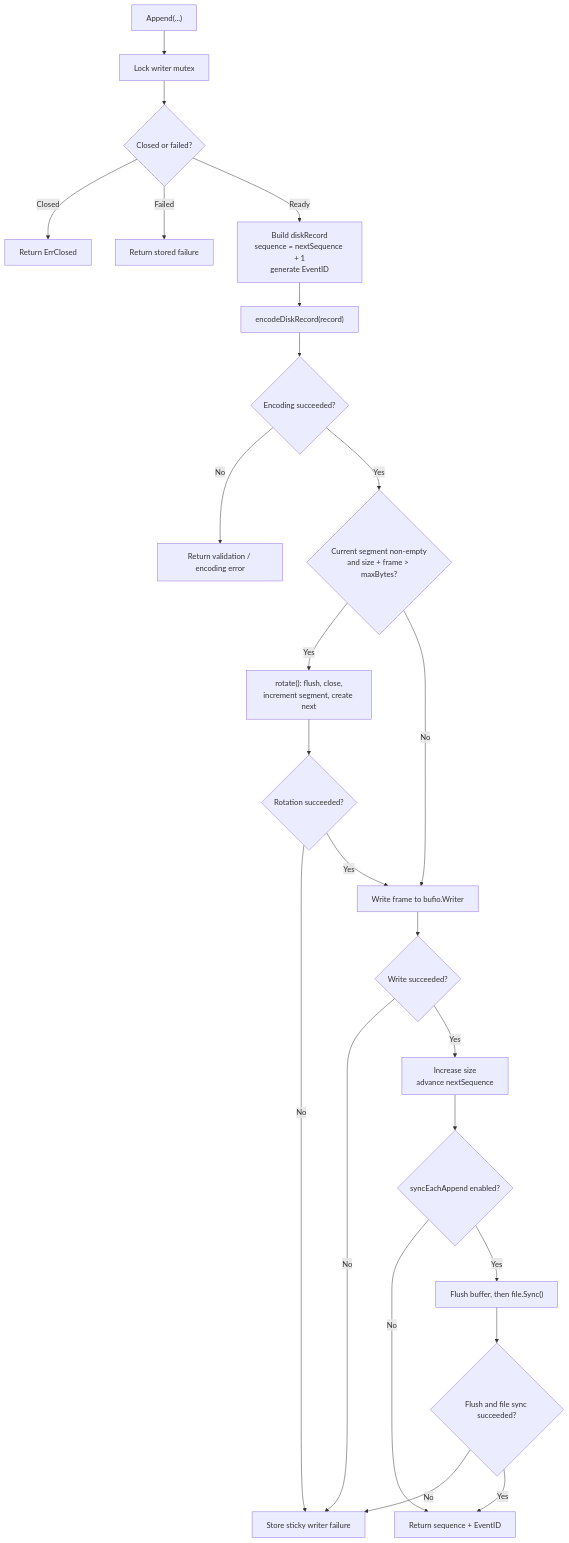
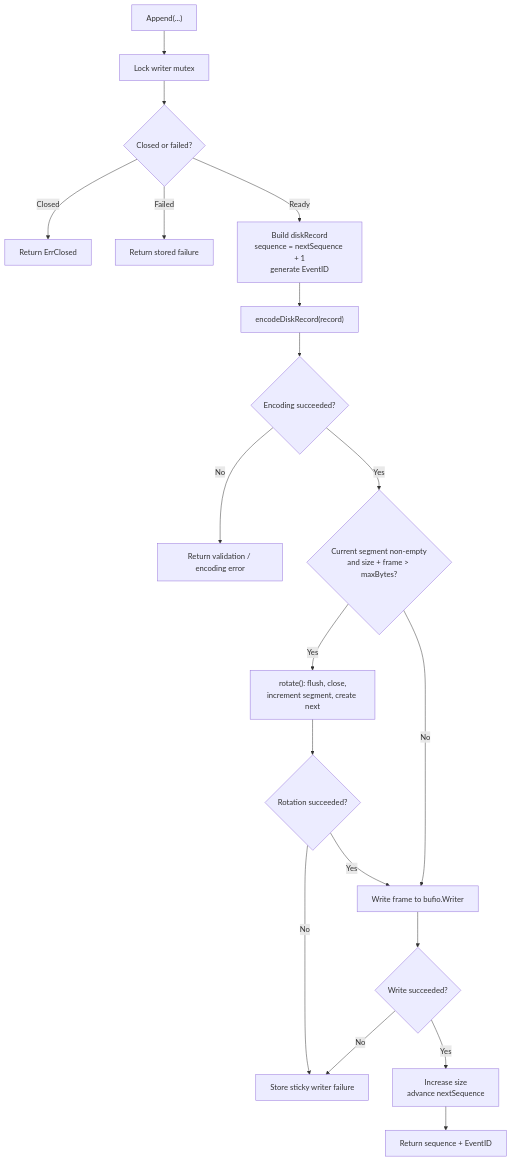
One commit to gunesis-game/pulsyflux-stream changed the fifth of 8 diagrams in docs/storage_disk.md. Above: the diagram before and after it, drawn with Mermaid.

Commit message:
docs: align append diagram with uniform sync policy

````diff
--- a/docs/storage_disk.md
+++ b/docs/storage_disk.md
@@ -202,26 +202,21 @@
 ```mermaid
 flowchart TD
     A["Append(...)"] --> Lock["Lock writer mutex"]
     Lock --> State{"Closed or failed?"}
     State -- Closed --> Closed["Return ErrClosed"]
     State -- Failed --> Sticky["Return stored failure"]
     State -- Ready --> Build["Build diskRecord<br/>sequence = nextSequence + 1<br/>generate EventID"]
     Build --> Encode["encodeDiskRecord(record)"]
     Encode --> EncOK{"Encoding succeeded?"}
     EncOK -- No --> EncodeErr["Return validation / encoding error"]
     EncOK -- Yes --> Fits{"Current segment non-empty<br/>and size + frame > maxBytes?"}
     Fits -- Yes --> Rotate["rotate(): flush, close,<br/>increment segment, create next"]
     Fits -- No --> Write["Write frame to bufio.Writer"]
     Rotate --> RotateOK{"Rotation succeeded?"}
     RotateOK -- No --> StickyFail["Store sticky writer failure"]
     RotateOK -- Yes --> Write
     Write --> WriteOK{"Write succeeded?"}
     WriteOK -- No --> StickyFail
     WriteOK -- Yes --> Advance["Increase size<br/>advance nextSequence"]
-    Advance --> Sync{"syncEachAppend enabled?"}
-    Sync -- No --> Return["Return sequence + EventID"]
-    Sync -- Yes --> FlushSync["Flush buffer, then file.Sync()"]
-    FlushSync --> SyncOK{"Flush and file sync succeeded?"}
-    SyncOK -- No --> StickyFail
-    SyncOK -- Yes --> Return
+    Advance --> Return["Return sequence + EventID"]
 ```
````
